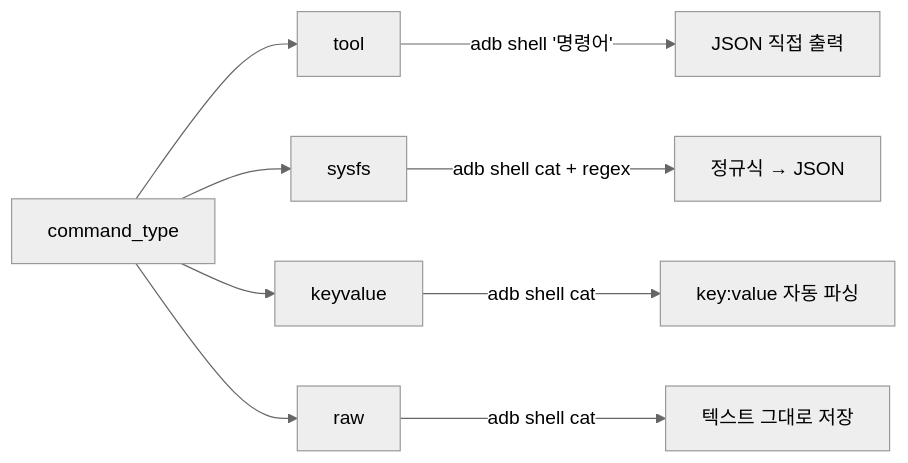
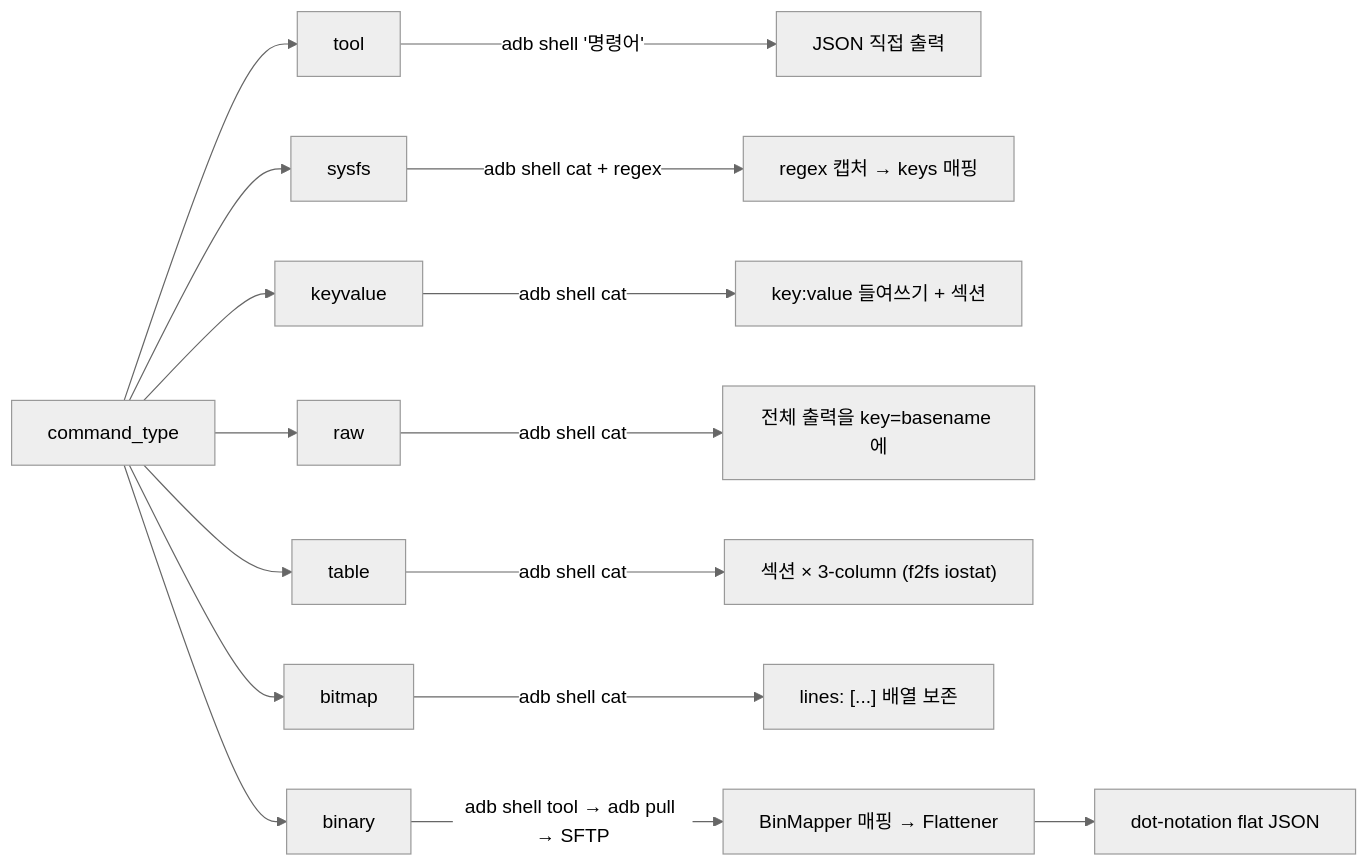
One commit to kakaromo/kakaromo.github.io changed the third of 10 diagrams in src/content/docs/architecture/ufs-metadata.md. Above: the diagram before and after it, drawn with Mermaid (neutral theme). The commit also changed other lines of this file and 1 other file, not shown here.

````diff
--- a/src/content/docs/architecture/ufs-metadata.md
+++ b/src/content/docs/architecture/ufs-metadata.md
@@ -100,12 +117,19 @@
 ```mermaid
 flowchart LR
     CMD[command_type] --> TOOL[tool]
     CMD --> SYSFS[sysfs]
     CMD --> KV[keyvalue]
     CMD --> RAW[raw]
+    CMD --> TABLE[table]
+    CMD --> BITMAP[bitmap]
+    CMD --> BIN[binary]
 
     TOOL -->|"adb shell '명령어'"| JSON1[JSON 직접 출력]
-    SYSFS -->|"adb shell cat + regex"| JSON2[정규식 → JSON]
-    KV -->|"adb shell cat"| JSON3["key:value 자동 파싱"]
-    RAW -->|"adb shell cat"| TXT[텍스트 그대로 저장]
+    SYSFS -->|"adb shell cat + regex"| JSON2["regex 캡처 → keys 매핑"]
+    KV -->|"adb shell cat"| JSON3["key:value 들여쓰기 + 섹션"]
+    RAW -->|"adb shell cat"| JSON4["전체 출력을 key=basename 에"]
+    TABLE -->|"adb shell cat"| JSON5["섹션 × 3-column (f2fs iostat)"]
+    BITMAP -->|"adb shell cat"| JSON6["lines: [...] 배열 보존"]
+    BIN -->|"adb shell tool → adb pull → SFTP"| STRUCT["BinMapper 매핑 → Flattener"]
+    STRUCT --> JSON7["dot-notation flat JSON"]
 ```
````
